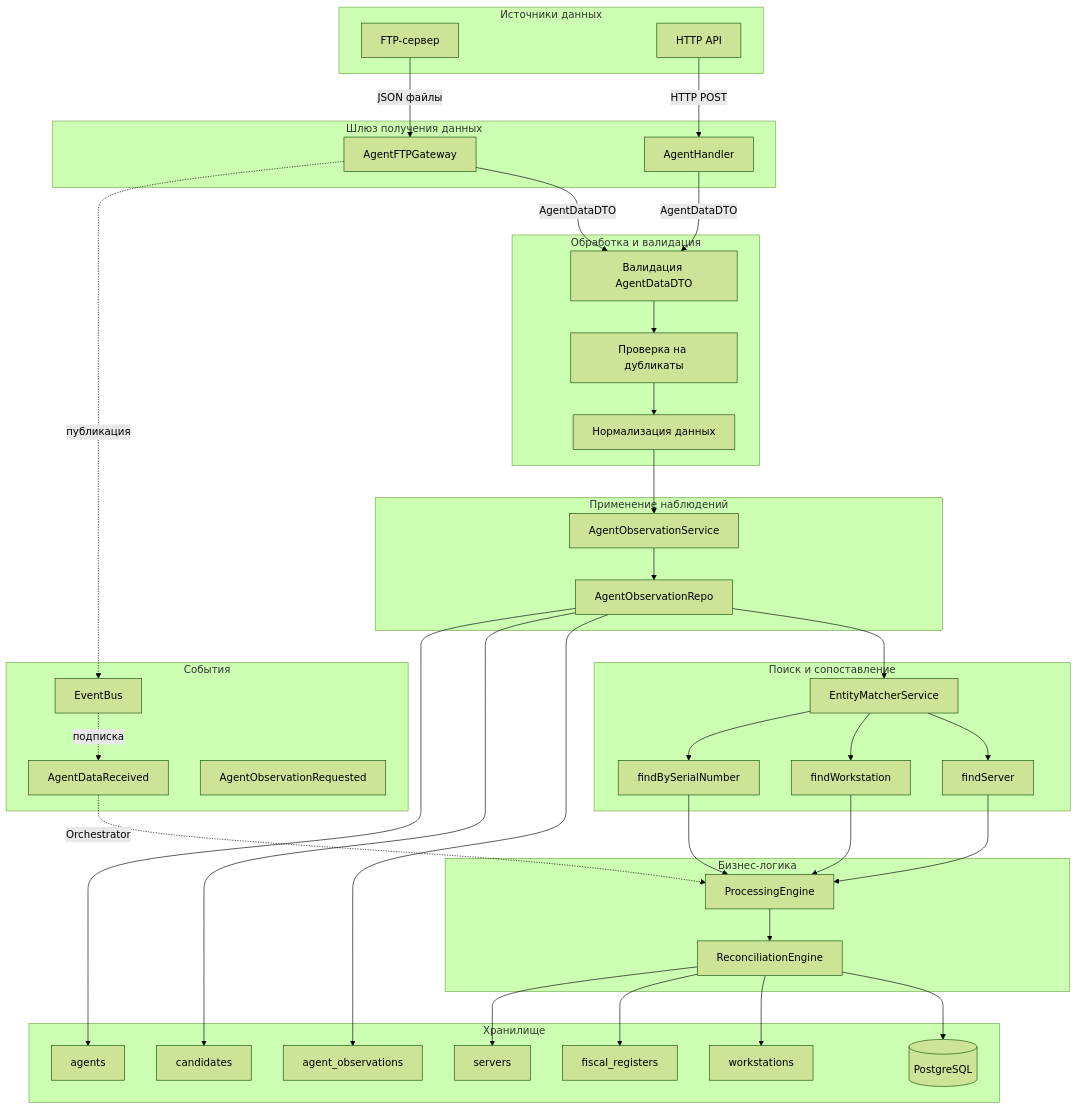
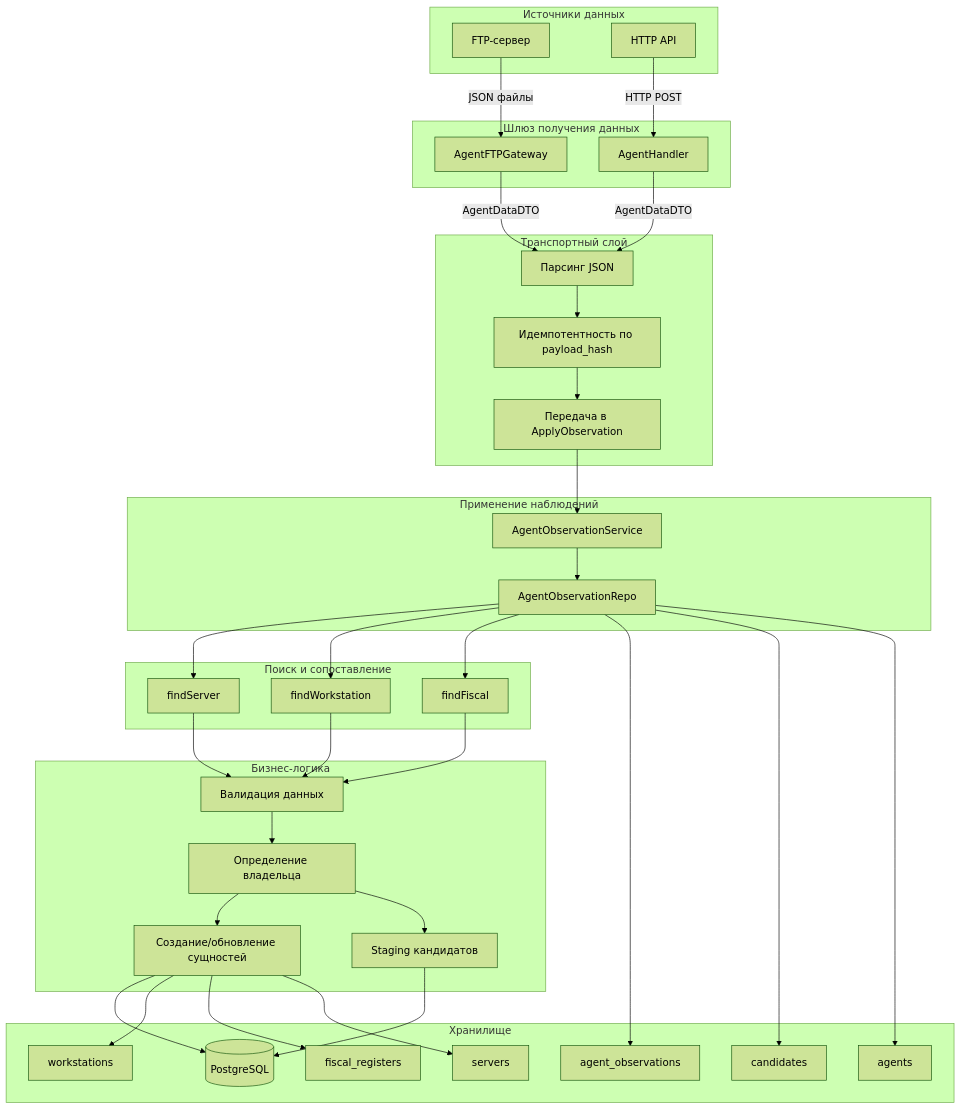
Before and after one commit to serty2005/goSSS: the diagram in docs/AGENT_DATA_FLOW.md, drawn with Mermaid (forest theme). The commit also changed other lines of this file and 37 other files, not shown here.

````diff
--- a/docs/AGENT_DATA_FLOW.md
+++ b/docs/AGENT_DATA_FLOW.md
@@ -11,78 +11,72 @@
 ```mermaid
 flowchart TD
     subgraph Источники данных
         A1[FTP-сервер]
         A2[HTTP API]
     end
 
     subgraph Шлюз получения данных
         B1[AgentFTPGateway]
         B2[AgentHandler]
     end
 
-    subgraph Обработка и валидация
-        C1[Валидация AgentDataDTO]
-        C2[Проверка на дубликаты]
-        C3[Нормализация данных]
+    subgraph Транспортный слой
+        C1[Парсинг JSON]
+        C2[Идемпотентность по payload_hash]
+        C3[Передача в ApplyObservation]
     end
 
     subgraph Применение наблюдений
         D1[AgentObservationService]
         D2[AgentObservationRepo]
     end
 
     subgraph Поиск и сопоставление
-        E1[EntityMatcherService]
-        E2[findServer]
-        E3[findWorkstation]
-        E4[findBySerialNumber]
+        E1[findServer]
+        E2[findWorkstation]
+        E3[findFiscal]
     end
 
     subgraph Бизнес-логика
-        F1[ProcessingEngine]
-        F2[ReconciliationEngine]
+        F1[Валидация данных]
+        F2[Определение владельца]
+        F3[Создание/обновление сущностей]
+        F4[Staging кандидатов]
     end
 
     subgraph Хранилище
         G1[(PostgreSQL)]
         G2[agent_observations]
         G3[candidates]
         G4[workstations]
         G5[fiscal_registers]
         G6[servers]
         G7[agents]
     end
 
-    subgraph События
-        H1[EventBus]
-        H2[AgentDataReceived]
-        H3[AgentObservationRequested]
-    end
-
     A1 -->|JSON файлы| B1
     A2 -->|HTTP POST| B2
     B1 -->|AgentDataDTO| C1
     B2 -->|AgentDataDTO| C1
     C1 --> C2
     C2 --> C3
     C3 --> D1
     D1 --> D2
     D2 --> E1
-    E1 --> E2
-    E1 --> E3
-    E1 --> E4
+    D2 --> E2
+    D2 --> E3
+    E1 --> F1
     E2 --> F1
     E3 --> F1
-    E4 --> F1
     F1 --> F2
-    F2 --> G1
+    F2 --> F3
+    F2 --> F4
+    F3 --> G1
+    F4 --> G1
     D2 --> G2
     D2 --> G3
-    F2 --> G4
-    F2 --> G5
-    F2 --> G6
+    F3 --> G4
+    F3 --> G5
+    F3 --> G6
     D2 --> G7
-    B1 -.->|публикация| H1
-    H1 -.->|подписка| H2
-    H2 -.->|Orchestrator| F1
 ```
````
